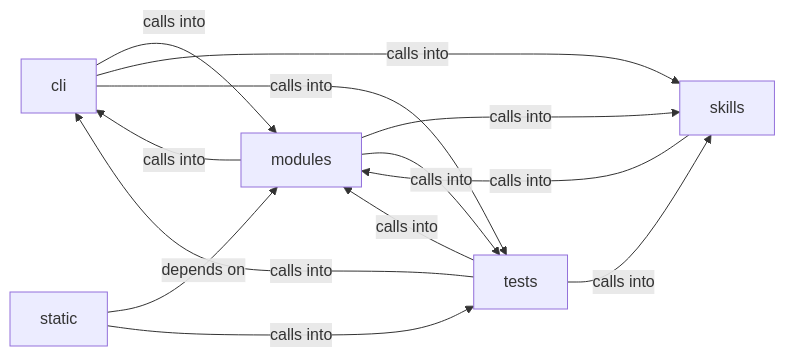
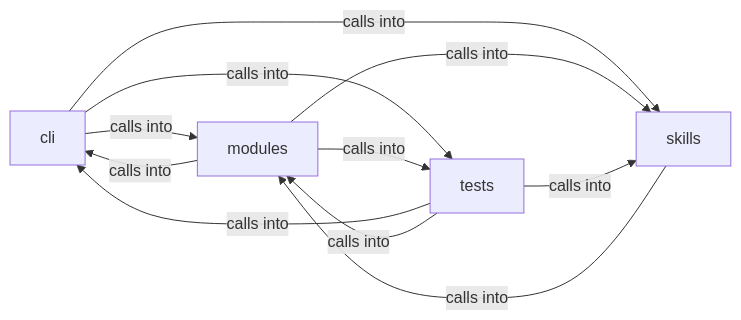
One commit to grisuno/LazyOwn changed the diagram in readmenator-diagrams/modules_lazyown_facts.md. Above: the diagram before and after it, drawn with Mermaid. The commit also changed other lines of this file and 434 other files, not shown here.

````diff
--- a/readmenator-diagrams/modules_lazyown_facts.md
+++ b/readmenator-diagrams/modules_lazyown_facts.md
@@ -5,20 +5,17 @@
 ```mermaid
 graph LR
     cli["cli"]
     modules["modules"]
     skills["skills"]
-    static["static"]
     tests["tests"]
     cli -- "calls into" --> modules
     cli -- "calls into" --> skills
     cli -- "calls into" --> tests
     modules -- "calls into" --> cli
     modules -- "calls into" --> skills
     modules -- "calls into" --> tests
     skills -- "calls into" --> modules
-    static -- "depends on" --> modules
-    static -- "calls into" --> tests
     tests -- "calls into" --> cli
     tests -- "calls into" --> modules
     tests -- "calls into" --> skills
 ```
````
